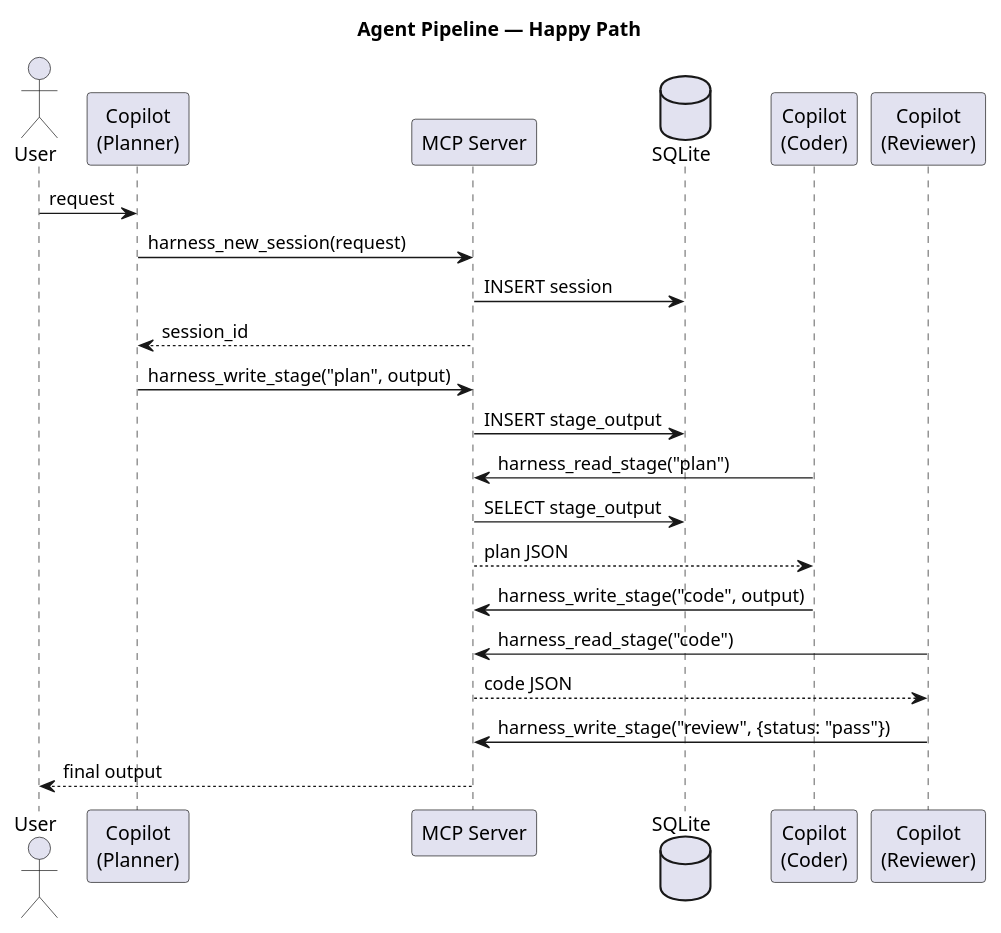
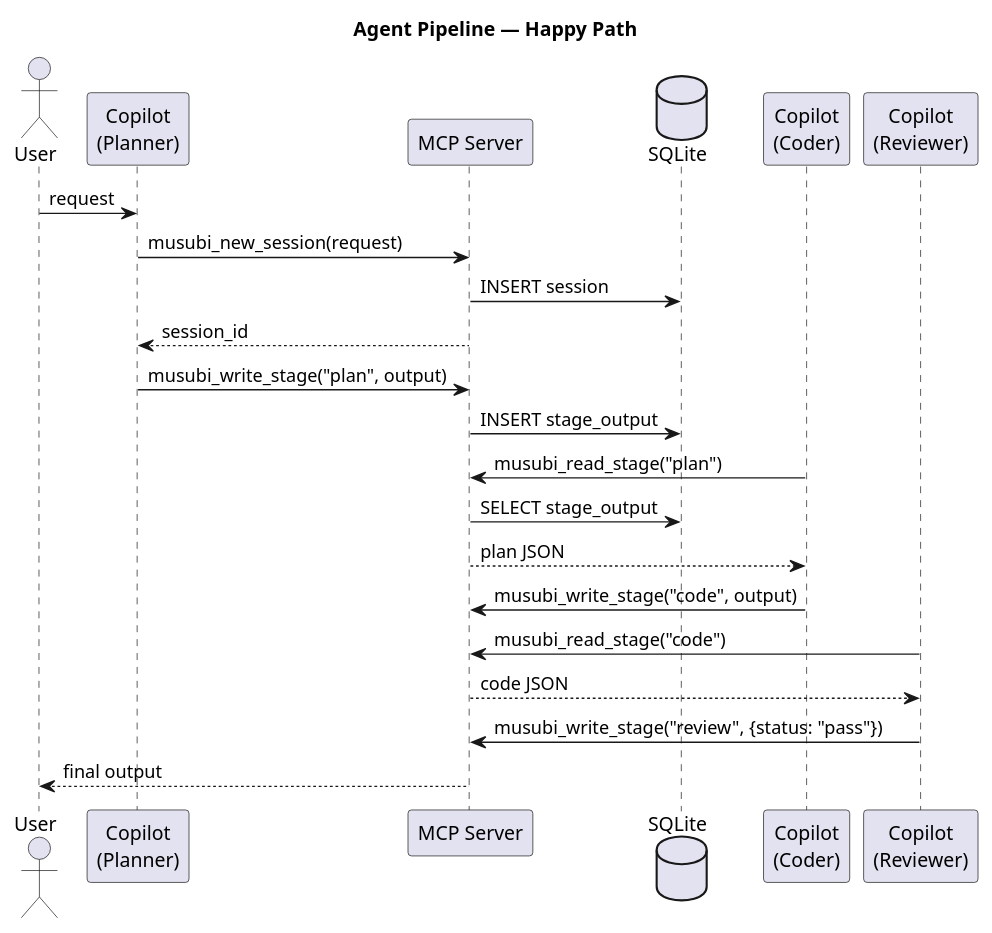
Before and after one commit to Eurus7895/Musubi: the first of 7 diagrams in .github/skills/documentation/references/plantuml-guide.md, drawn with PlantUML. The commit also changed other lines of this file and 224 other files, not shown here.

First line of the commit message:
chore: rename CopilotHarness -> Musubi (substrate + breaking musubi_* MCP prefix)

````diff
--- a/.github/skills/documentation/references/plantuml-guide.md
+++ b/.github/skills/documentation/references/plantuml-guide.md
@@ -22,30 +22,30 @@
 ```plantuml
 @startuml
 title Agent Pipeline — Happy Path
 
 actor User
 participant "Copilot\n(Planner)" as Planner
 participant "MCP Server" as MCP
 database "SQLite" as DB
 participant "Copilot\n(Coder)" as Coder
 participant "Copilot\n(Reviewer)" as Reviewer
 
 User -> Planner : request
-Planner -> MCP : harness_new_session(request)
+Planner -> MCP : musubi_new_session(request)
 MCP -> DB : INSERT session
 MCP --> Planner : session_id
 
-Planner -> MCP : harness_write_stage("plan", output)
+Planner -> MCP : musubi_write_stage("plan", output)
 MCP -> DB : INSERT stage_output
 
-Coder -> MCP : harness_read_stage("plan")
+Coder -> MCP : musubi_read_stage("plan")
 MCP -> DB : SELECT stage_output
 MCP --> Coder : plan JSON
-Coder -> MCP : harness_write_stage("code", output)
+Coder -> MCP : musubi_write_stage("code", output)
 
-Reviewer -> MCP : harness_read_stage("code")
+Reviewer -> MCP : musubi_read_stage("code")
 MCP --> Reviewer : code JSON
-Reviewer -> MCP : harness_write_stage("review", {status: "pass"})
+Reviewer -> MCP : musubi_write_stage("review", {status: "pass"})
 MCP --> User : final output
 @enduml
 ```
````
